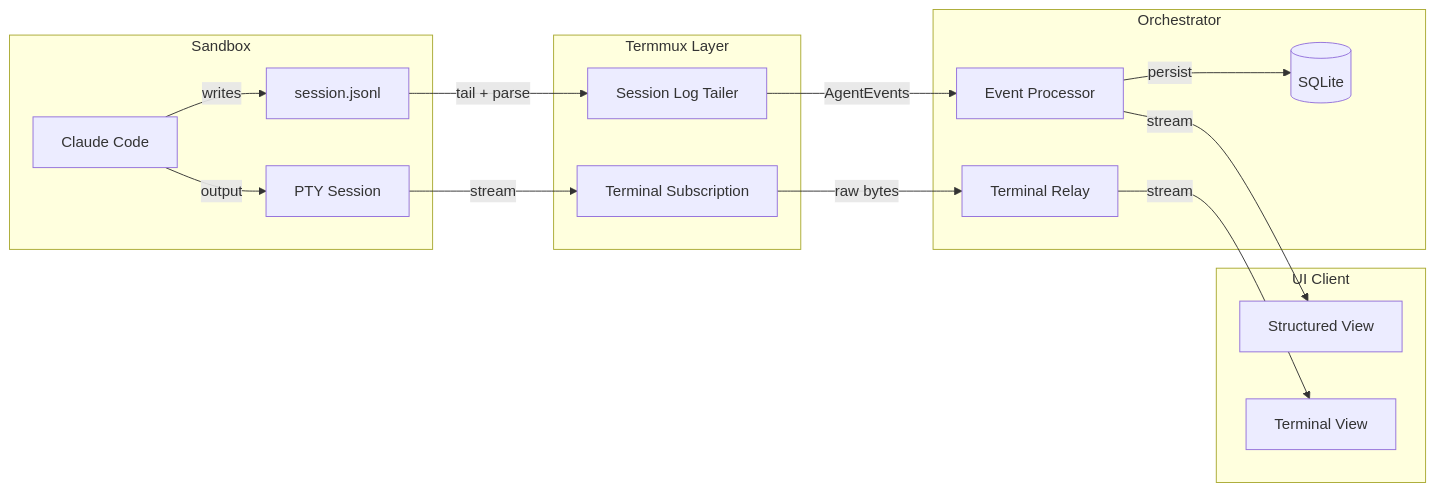
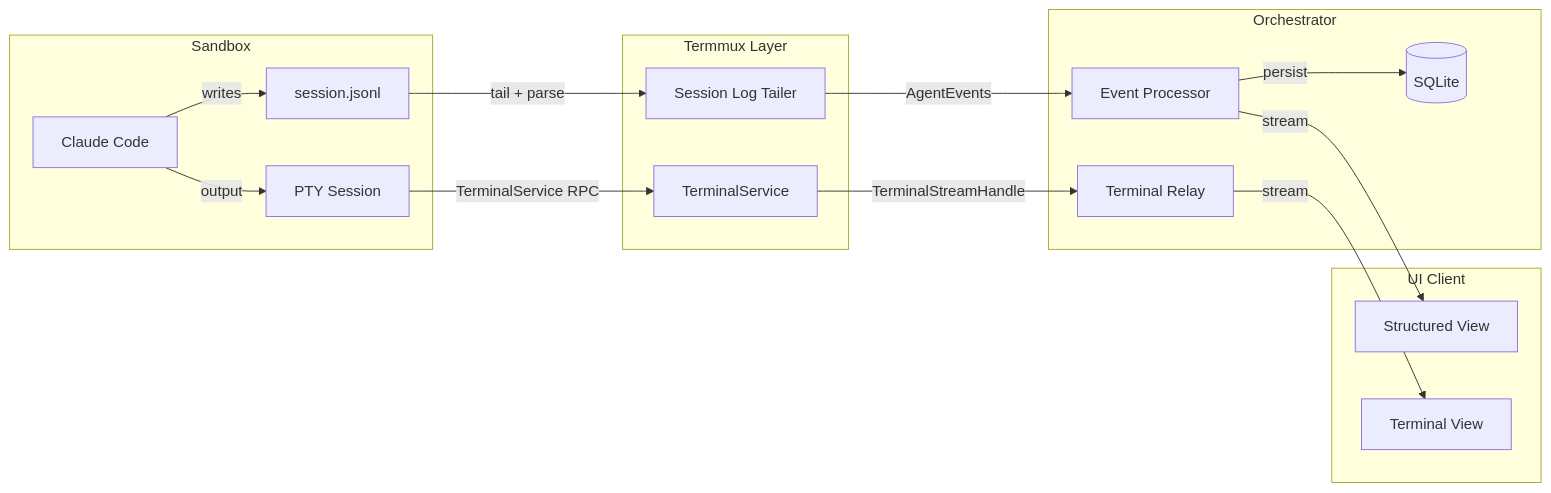
One commit to dcosson/flex-agent-runtime changed the eighth of 8 diagrams in docs/plans/18-agent-loop-rpc.md. Above: the diagram before and after it, drawn with Mermaid. The commit also changed other lines of this file and 1 other file, not shown here.

First line of the commit message:
Incorporate R1 review feedback into agent loop RPC plan (18)

````diff
--- a/docs/plans/18-agent-loop-rpc.md
+++ b/docs/plans/18-agent-loop-rpc.md
@@ -747,34 +1031,34 @@
 ```mermaid
 graph LR
     subgraph "Sandbox"
         CC[Claude Code]
         SL[session.jsonl]
         PTY[PTY Session]
     end
 
     subgraph "Termmux Layer"
         T[Session Log Tailer]
-        TS[Terminal Subscription]
+        TS[TerminalService]
     end
 
     subgraph "Orchestrator"
         EP[Event Processor]
         TR[Terminal Relay]
         DB[(SQLite)]
     end
 
     subgraph "UI Client"
         SV[Structured View]
         TV[Terminal View]
     end
 
     CC -->|writes| SL
     CC -->|output| PTY
     SL -->|tail + parse| T
-    PTY -->|stream| TS
+    PTY -->|TerminalService RPC| TS
     T -->|AgentEvents| EP
-    TS -->|raw bytes| TR
+    TS -->|TerminalStreamHandle| TR
     EP -->|persist| DB
     EP -->|stream| SV
     TR -->|stream| TV
 ```
````
